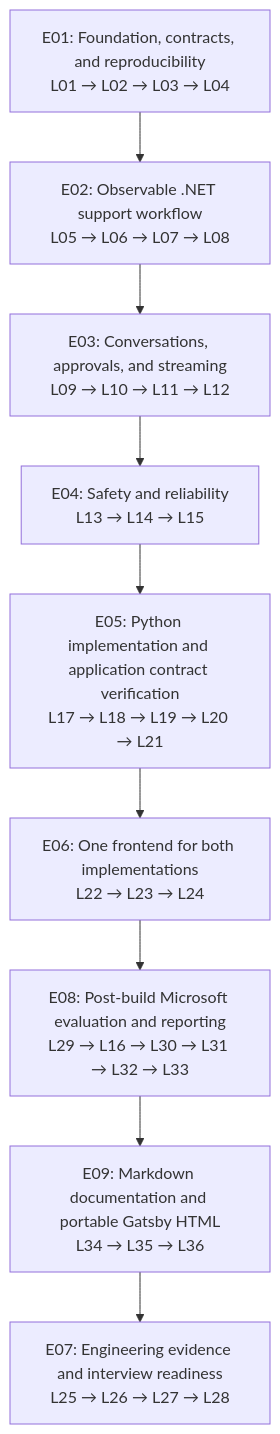
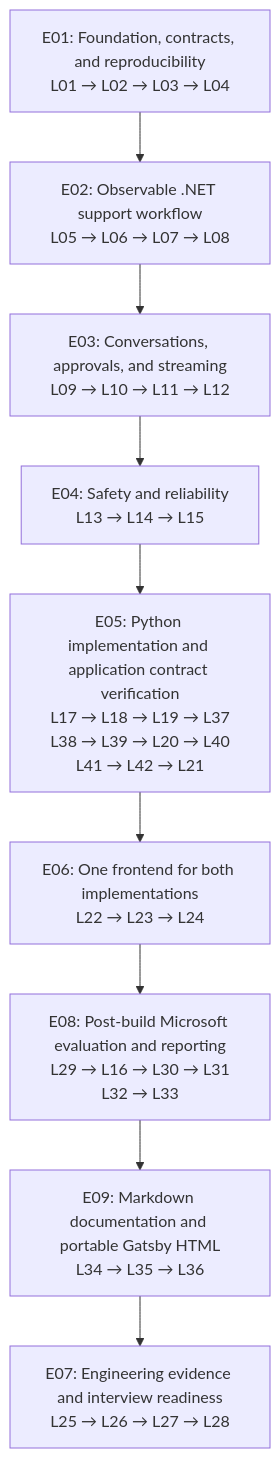
One commit to olaheavy-dev/maf-support-lab changed the diagram in docs/learning/roadmap.md. Above: the diagram before and after it, drawn with Mermaid. The commit also changed other lines of this file and 45 other files, not shown here.

````diff
--- a/docs/learning/roadmap.md
+++ b/docs/learning/roadmap.md
@@ -11,13 +11,13 @@
 ```mermaid
 flowchart TD
     E01["E01: Foundation, contracts, and reproducibility<br/>L01 → L02 → L03 → L04"]
     E02["E02: Observable .NET support workflow<br/>L05 → L06 → L07 → L08"]
     E03["E03: Conversations, approvals, and streaming<br/>L09 → L10 → L11 → L12"]
     E04["E04: Safety and reliability<br/>L13 → L14 → L15"]
-    E05["E05: Python implementation and application contract verification<br/>L17 → L18 → L19 → L20 → L21"]
+    E05["E05: Python implementation and application contract verification<br/>L17 → L18 → L19 → L37<br/>L38 → L39 → L20 → L40<br/>L41 → L42 → L21"]
     E06["E06: One frontend for both implementations<br/>L22 → L23 → L24"]
-    E08["E08: Post-build Microsoft evaluation and reporting<br/>L29 → L16 → L30 → L31 → L32 → L33"]
+    E08["E08: Post-build Microsoft evaluation and reporting<br/>L29 → L16 → L30 → L31<br/>L32 → L33"]
     E09["E09: Markdown documentation and portable Gatsby HTML<br/>L34 → L35 → L36"]
     E07["E07: Engineering evidence and interview readiness<br/>L25 → L26 → L27 → L28"]
     E01 --> E02 --> E03 --> E04 --> E05 --> E06 --> E08 --> E09 --> E07
 ```
````
